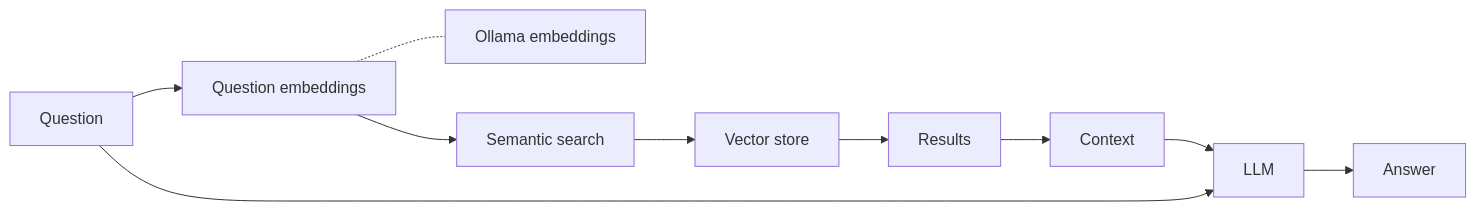
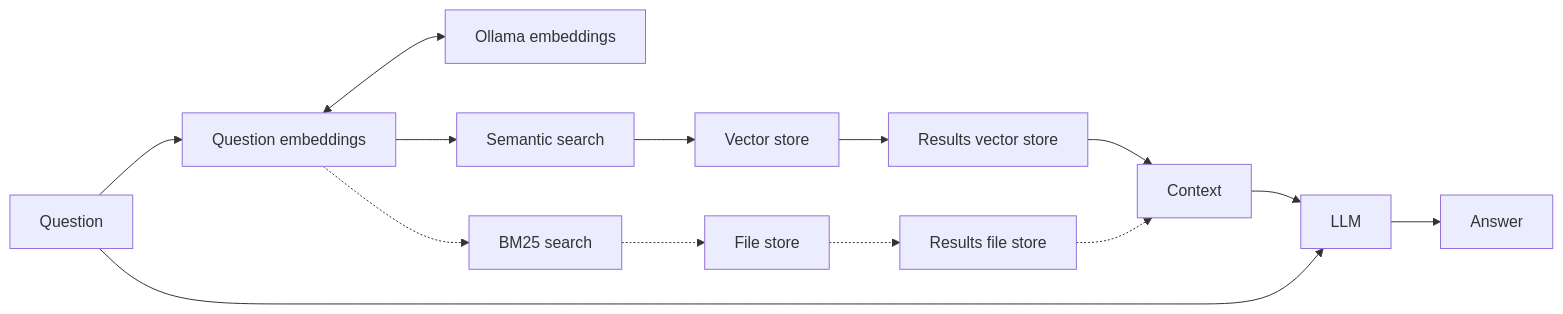
Before and after one commit to kingsdigitallab/iREAL: the third of 3 diagrams in backend/README.md, drawn with Mermaid. The commit also changed other lines of this file, not shown here.

````diff
--- a/backend/README.md
+++ b/backend/README.md
@@ -94,12 +141,16 @@
 ```mermaid
 graph LR
     Q[Question] --> QE[Question embeddings]
     Q --> L[LLM]
-    QE -.- O[Ollama embeddings]
+    QE <--> O[Ollama embeddings]
     QE --> S[Semantic search]
-    S -->V[Vector store]
-    V --> R[Results]
-    R --> C[Context]
+    QE -.-> B[BM25 search]
+    S --> V[Vector store]
+    B -.-> F[File store]
+    V --> RV[Results vector store]
+    F -.-> RF[Results file store]
+    RV --> C[Context]
+    RF -.-> C
     C --> L
     L --> A[Answer]
 ```
````
